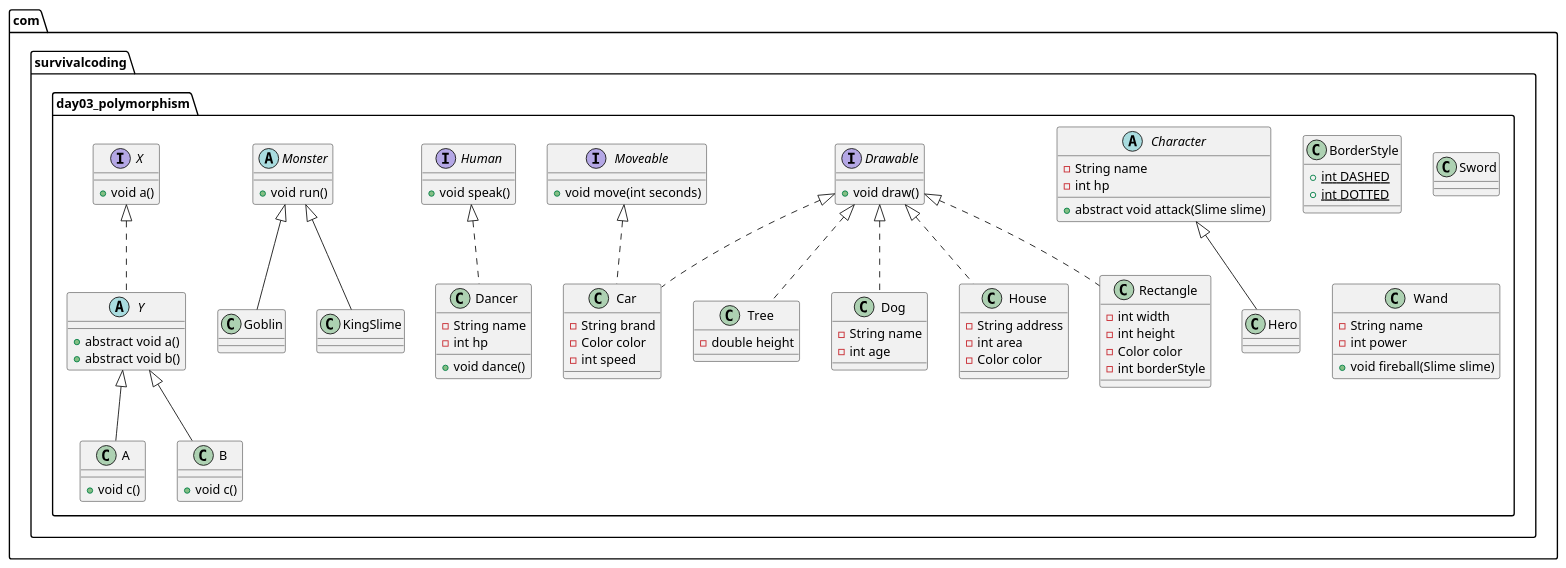
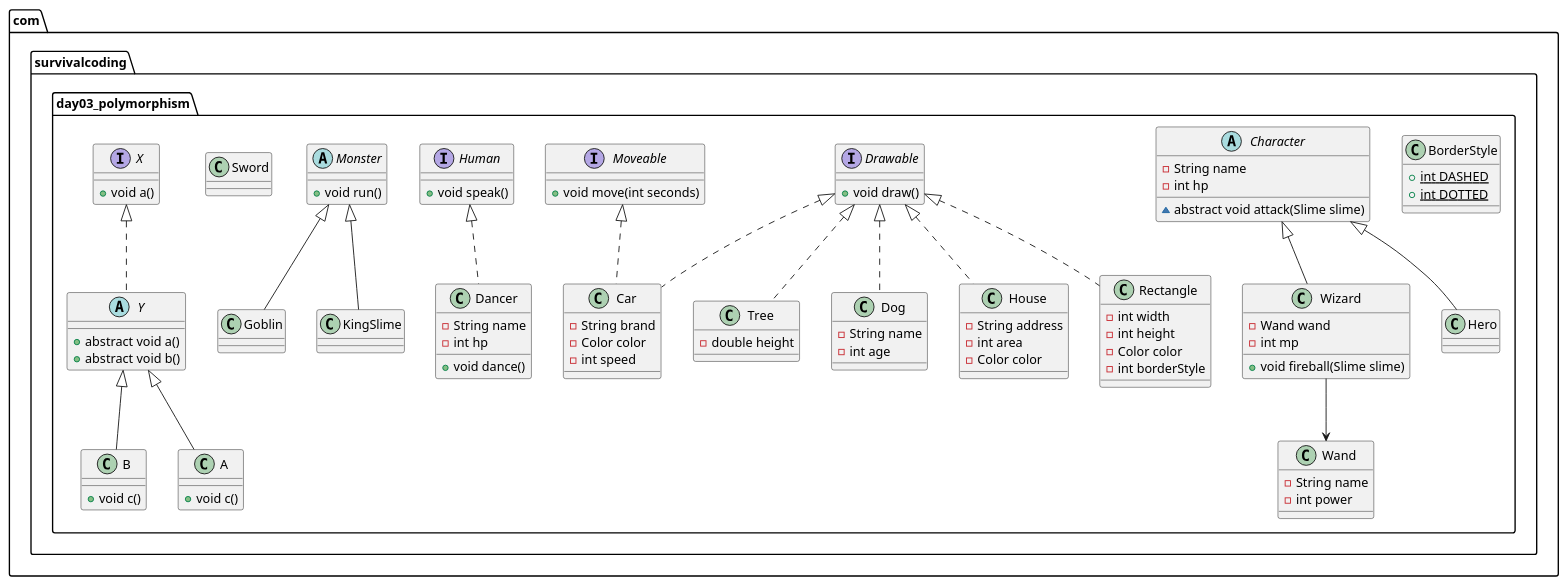
Before and after one commit to SurvivalCodingCampus/gangnam3-java-oop: the diagram in docs/day03_polymorphism.puml, drawn with PlantUML.

Commit message:
docs: day03_polymorphism.puml 클래스 다이어그램 내 메서드 이동 및 상속 관계 추가

```diff
--- a/docs/day03_polymorphism.puml
+++ b/docs/day03_polymorphism.puml
@@ -1,131 +1,139 @@
 @startuml day03_polymorphism
 scale 1
 
 package "com.survivalcoding.day03_polymorphism" {
 
     class BorderStyle {
         {static} + int DASHED
         {static} + int DOTTED
     }
 
     class Car {
         - String brand
         - Color color
         - int speed
     }
 
     abstract class Character {
         - String name
         - int hp
 
-        + abstract void attack(Slime slime)
+        ~ abstract void attack(Slime slime)
     }
 
     class Dancer {
         - String name
         - int hp
 
         + void dance()
     }
 
     class Dog {
         - String name
         - int age
     }
 
     interface Drawable {
         + void draw()
     }
 
     class Goblin {
 
     }
 
     class Hero {
 
     }
 
     class House {
         - String address
         - int area
         - Color color
     }
 
     interface Human {
         + void speak()
     }
 
     class KingSlime {
 
     }
 
     abstract class Monster {
         + void run()
     }
 
     interface Moveable {
         + void move(int seconds)
     }
 
     class Rectangle {
         - int width
         - int height
         - Color color
         - int borderStyle
     }
 
     class Sword {
 
     }
 
     class Tree {
         - double height
     }
 
+    class Wizard {
+        - Wand wand
+        - int mp
+
+        + void fireball(Slime slime)
+    }
+
     class Wand {
         - String name
         - int power
-
-        + void fireball(Slime slime)
     }
 
     class A {
         + void c()
     }
 
     class B {
         + void c()
     }
 
     abstract class Y {
         + abstract void a()
         + abstract void b()
     }
 
     interface X {
         + void a()
     }
 
     ' Relationship line
     Drawable <|.. Car
     Drawable <|.. Dog
     Drawable <|.. House
     Drawable <|.. Rectangle
     Drawable <|.. Tree
 
     Moveable <|.. Car
 
     Human <|.. Dancer
 
     Monster <|-- Goblin
     Monster <|-- KingSlime
 
     Character <|-- Hero
+    Character <|-- Wizard
+
+    Wizard --> Wand
 
     Y <|-- A
     Y <|-- B
 
     X <|.. Y
 }
 
 @enduml
```
